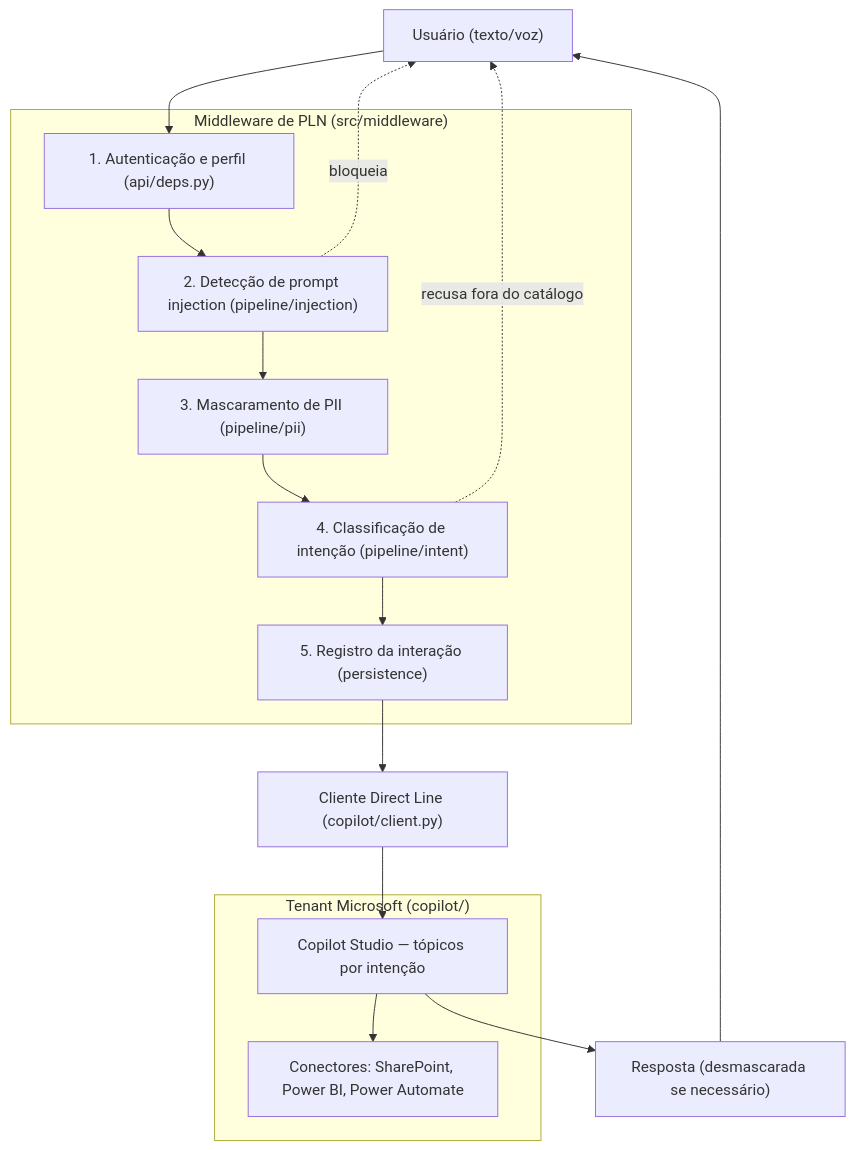
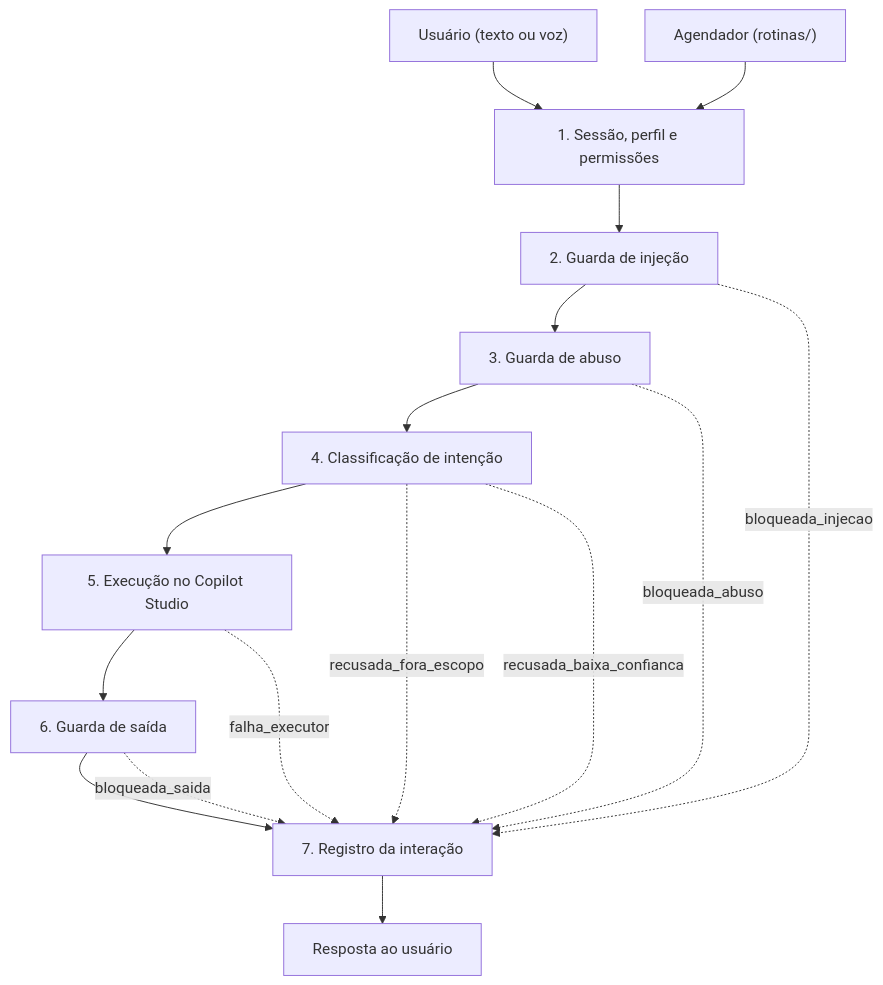
Before and after one commit to Kdu07/agente-ia-portfolio-metro: the first of 2 diagrams in documentos/Arquitetura.md, drawn with Mermaid. The commit also changed other lines of this file and 101 other files, not shown here.

````diff
--- a/documentos/Arquitetura.md
+++ b/documentos/Arquitetura.md
@@ -28,23 +45,20 @@
 ```mermaid
 flowchart TB
-    U["Usuário (texto/voz)"] --> A
+    U["Usuário (texto ou voz)"] --> A
+    W["Agendador (rotinas/)"] --> A
 
-    subgraph MW["Middleware de PLN (src/middleware)"]
-        A["1. Autenticação e perfil (api/deps.py)"] --> B["2. Detecção de prompt injection (pipeline/injection)"]
-        B --> C["3. Mascaramento de PII (pipeline/pii)"]
-        C --> D["4. Classificação de intenção (pipeline/intent)"]
-        D --> E["5. Registro da interação (persistence)"]
-    end
+    A["1. Sessão, perfil e permissões"] --> B["2. Guarda de injeção"]
+    B --> C["3. Guarda de abuso"]
+    C --> D["4. Classificação de intenção"]
+    D --> E["5. Execução no Copilot Studio"]
+    E --> F["6. Guarda de saída"]
+    F --> G["7. Registro da interação"]
+    G --> R["Resposta ao usuário"]
 
-    B -. bloqueia .-> U
-    D -. recusa fora do catálogo .-> U
-
-    E --> F["Cliente Direct Line (copilot/client.py)"]
-    F --> CS
-
-    subgraph MS["Tenant Microsoft (copilot/)"]
-        CS["Copilot Studio — tópicos por intenção"] --> CN["Conectores: SharePoint, Power BI, Power Automate"]
-    end
-
-    CS --> R["Resposta (desmascarada se necessário)"] --> U
+    B -.->|"bloqueada_injecao"| G
+    C -.->|"bloqueada_abuso"| G
+    D -.->|"recusada_fora_escopo"| G
+    D -.->|"recusada_baixa_confianca"| G
+    E -.->|"falha_executor"| G
+    F -.->|"bloqueada_saida"| G
 ```
````
